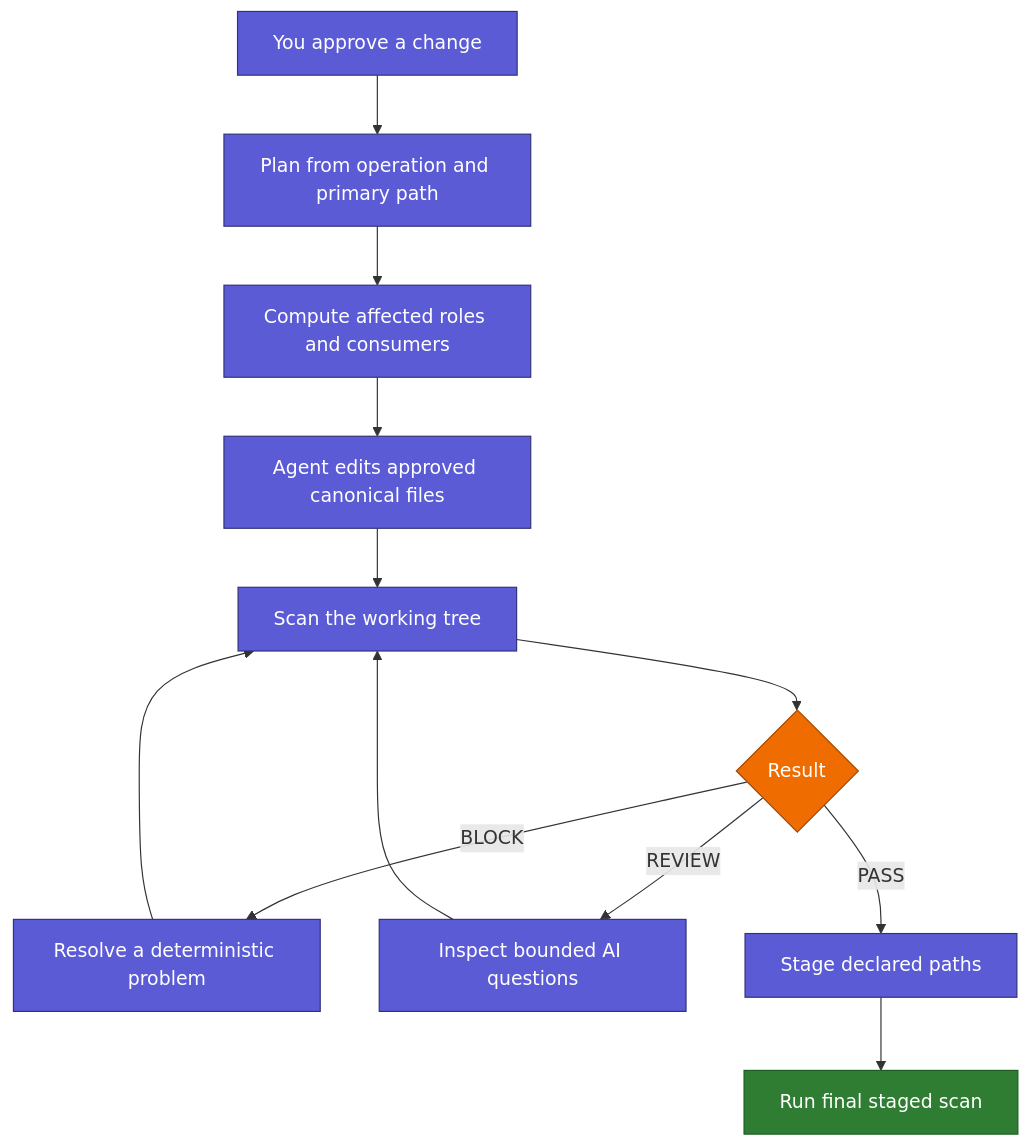
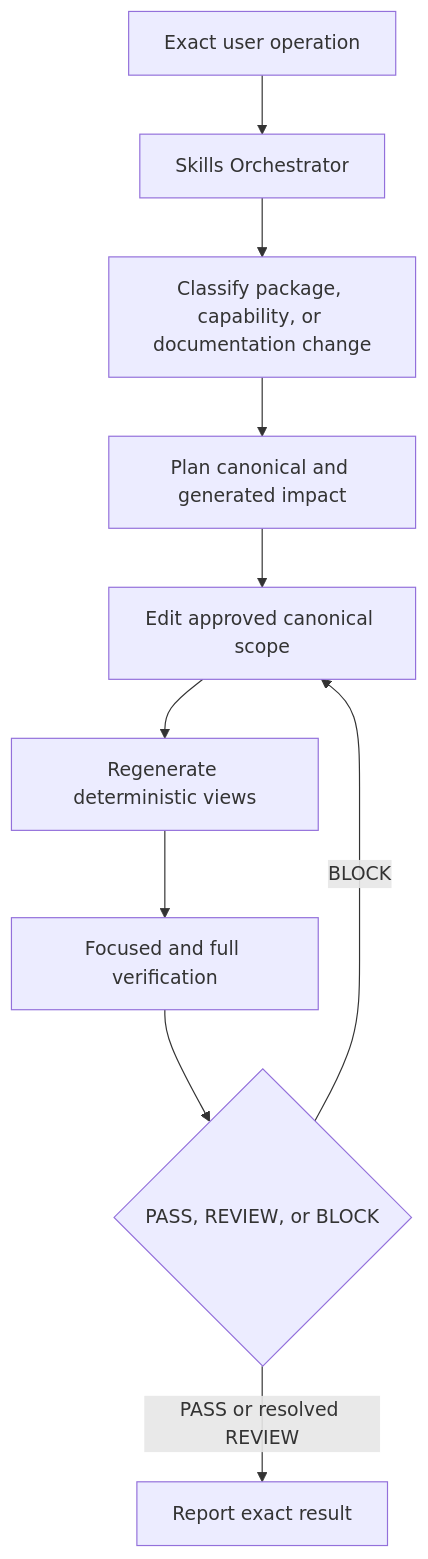
The first of 2 diagrams in docs/human/07_MAINTAINING_SKILLS.md (geekybobz/skills_ai), drawn with Mermaid before and after one commit. The commit also changed other lines of this file and 173 other files, not shown here.

Commit message:
Record current model-led orchestrator and clean repository documentation

````diff
--- a/docs/human/07_MAINTAINING_SKILLS.md
+++ b/docs/human/07_MAINTAINING_SKILLS.md
@@ -33,21 +19,12 @@
 ```mermaid
 flowchart TD
-    U["You approve a change"] --> P["Plan from operation and primary path"]
-    P --> I["Compute affected roles and consumers"]
-    I --> E["Agent edits approved canonical files"]
-    E --> C["Scan the working tree"]
-    C --> R{"Result"}
-    R -- "BLOCK" --> F["Resolve a deterministic problem"]
-    R -- "REVIEW" --> A["Inspect bounded AI questions"]
-    F --> C
-    A --> C
-    R -- "PASS" --> S["Stage declared paths"]
-    S --> G["Run final staged scan"]
-
-    classDef action fill:#5B5BD6,color:#fff,stroke:#32327A
-    classDef decision fill:#EF6C00,color:#fff,stroke:#A64700
-    classDef safe fill:#2E7D32,color:#fff,stroke:#1B5E20
-    class U,P,I,E,C,F,A,S action
-    class R decision
-    class G safe
+    U["Exact user operation"] --> S["Skills Orchestrator"]
+    S --> C["Classify package, capability, or documentation change"]
+    C --> P["Plan canonical and generated impact"]
+    P --> E["Edit approved canonical scope"]
+    E --> G["Regenerate deterministic views"]
+    G --> V["Focused and full verification"]
+    V --> R{"PASS, REVIEW, or BLOCK"}
+    R -- "BLOCK" --> E
+    R -- "PASS or resolved REVIEW" --> O["Report exact result"]
 ```
````
